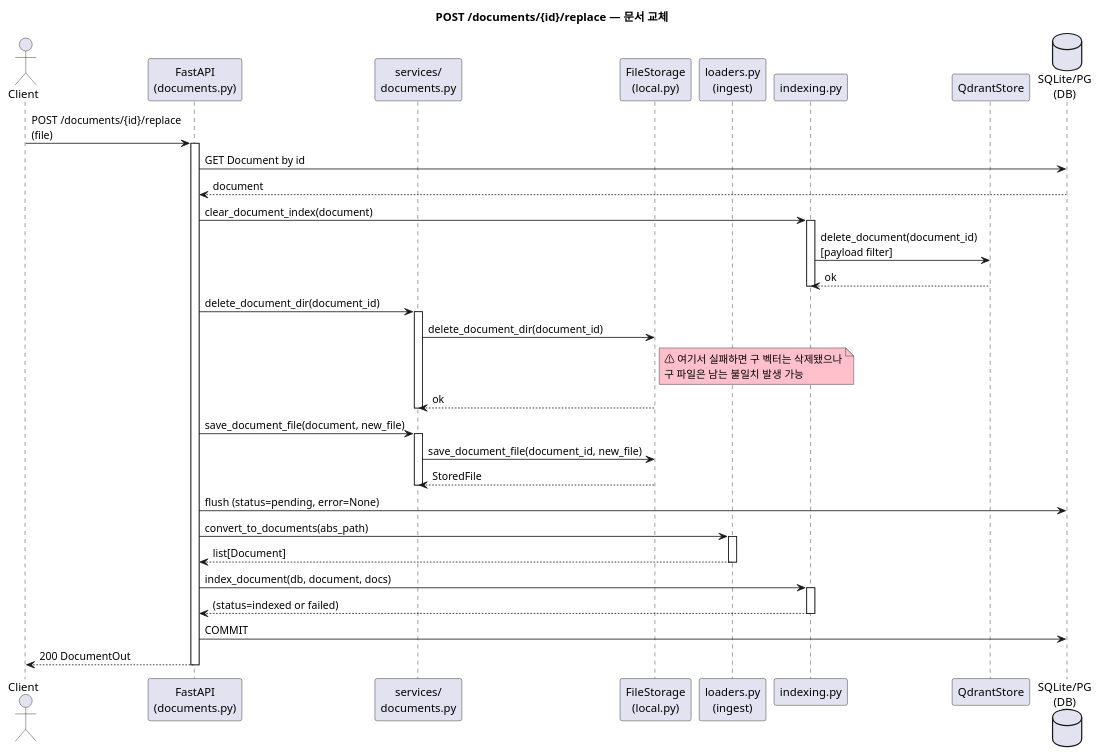
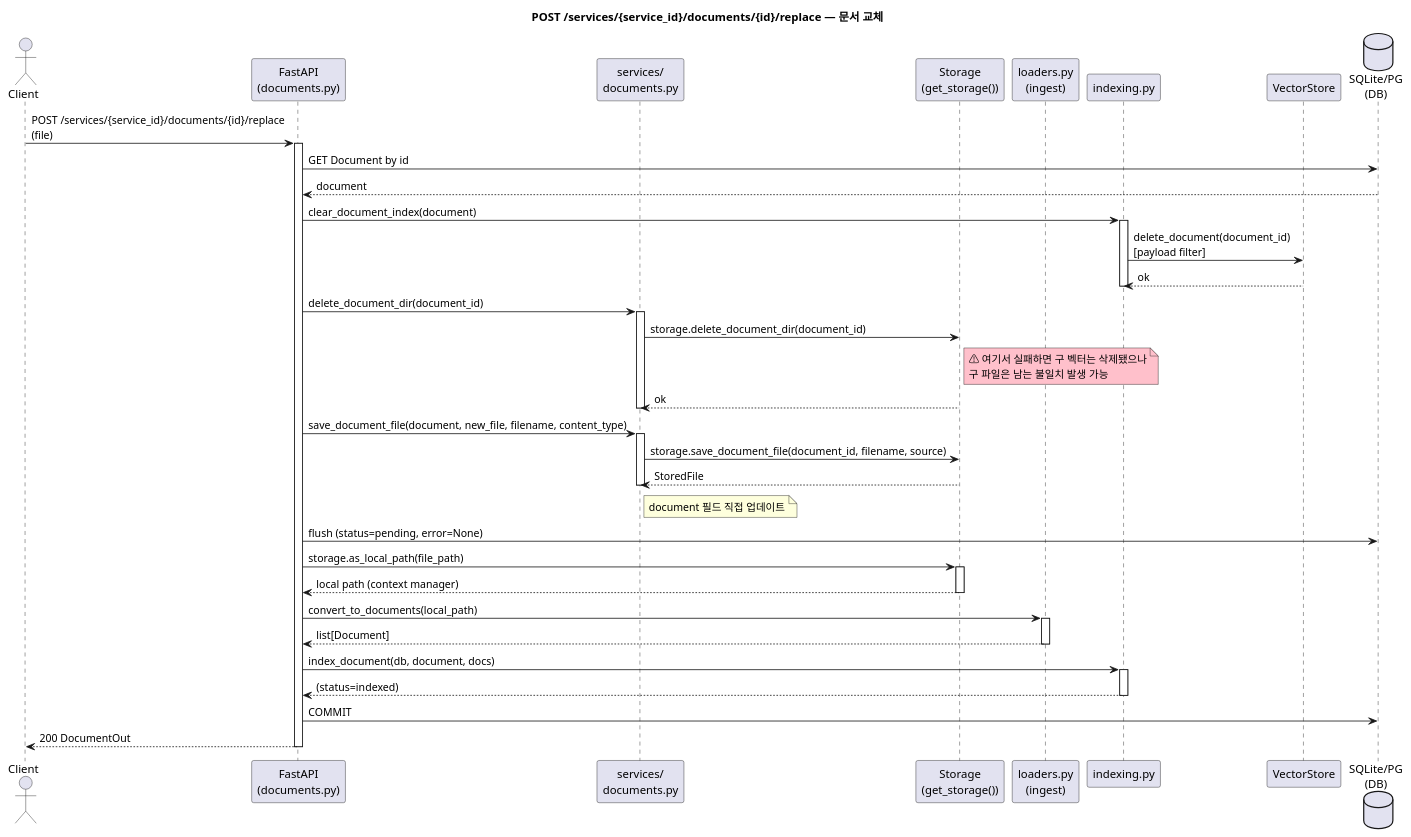
Before and after one commit to sigmoidx0/ragkit: the diagram in docs/diagrams/document_replace.puml, drawn with PlantUML. The commit also changed 4 other files, not shown here.

Commit message:
docs: update sequence diagram

```diff
--- a/docs/diagrams/document_replace.puml
+++ b/docs/diagrams/document_replace.puml
@@ -1,60 +1,68 @@
 @startuml Document Replace
 
-title POST /documents/{id}/replace — 문서 교체
+title POST /services/{service_id}/documents/{id}/replace — 문서 교체
 
 actor Client
 participant "FastAPI\n(documents.py)" as API
 participant "services/\ndocuments.py" as SVC
-participant "FileStorage\n(local.py)" as FS
+participant "Storage\n(get_storage())" as FS
 participant "loaders.py\n(ingest)" as LDR
 participant "indexing.py" as IDX
-participant "QdrantStore" as QD
+participant "VectorStore" as QD
 database "SQLite/PG\n(DB)" as DB
 
-Client -> API : POST /documents/{id}/replace\n(file)
+Client -> API : POST /services/{service_id}/documents/{id}/replace\n(file)
 activate API
 
 API -> DB : GET Document by id
 DB --> API : document
 
 API -> IDX : clear_document_index(document)
 activate IDX
 IDX -> QD : delete_document(document_id)\n[payload filter]
 QD --> IDX : ok
 deactivate IDX
 
 API -> SVC : delete_document_dir(document_id)
 activate SVC
-SVC -> FS : delete_document_dir(document_id)
+SVC -> FS : storage.delete_document_dir(document_id)
 note right of FS #pink
   ⚠ 여기서 실패하면 구 벡터는 삭제됐으나
   구 파일은 남는 불일치 발생 가능
 end note
 FS --> SVC : ok
 deactivate SVC
 
-API -> SVC : save_document_file(document, new_file)
+API -> SVC : save_document_file(document, new_file, filename, content_type)
 activate SVC
-SVC -> FS : save_document_file(document_id, new_file)
+SVC -> FS : storage.save_document_file(document_id, filename, source)
 FS --> SVC : StoredFile
+note right of SVC
+  document 필드 직접 업데이트
+end note
 deactivate SVC
 
 API -> DB : flush (status=pending, error=None)
 
-API -> LDR : convert_to_documents(abs_path)
+API -> FS : storage.as_local_path(file_path)
+activate FS
+FS --> API : local path (context manager)
+deactivate FS
+
+API -> LDR : convert_to_documents(local_path)
 activate LDR
 LDR --> API : list[Document]
 deactivate LDR
 
 API -> IDX : index_document(db, document, docs)
 activate IDX
-IDX --> API : (status=indexed or failed)
+IDX --> API : (status=indexed)
 deactivate IDX
 
 API -> DB : COMMIT
 
 API --> Client : 200 DocumentOut
 
 deactivate API
 
 @enduml
```
